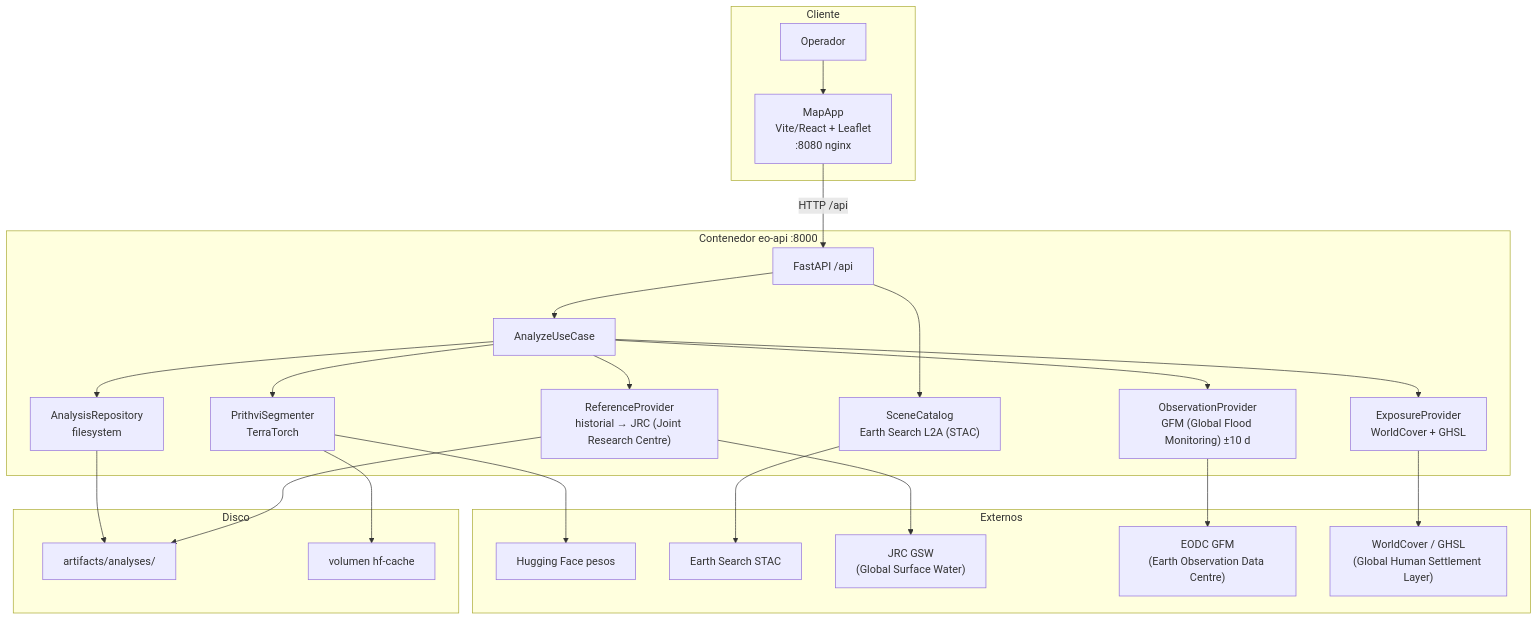
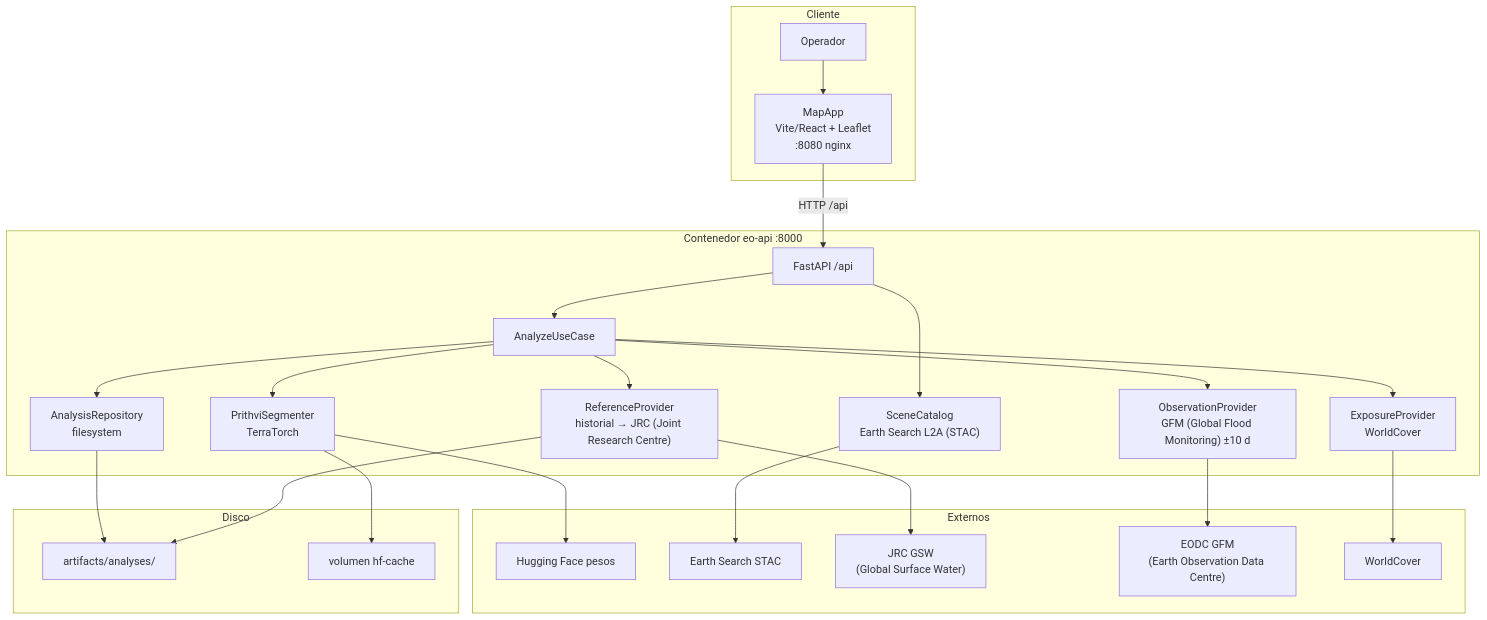
The diagram in docs/assets/diagramas/arquitectura.md (Charlsz/Tune), drawn with Mermaid before and after one commit. The commit also changed other lines of this file and 8 other files, not shown here.

First line of the commit message:
refactor(docs): update InformeFinal and architecture diagrams for clarity and completeness

````diff
--- a/docs/assets/diagramas/arquitectura.md
+++ b/docs/assets/diagramas/arquitectura.md
@@ -9,49 +9,49 @@
 ```mermaid
 flowchart TB
   subgraph Cliente
     U[Operador]
     W["MapApp<br/>Vite/React + Leaflet<br/>:8080 nginx"]
   end
 
   subgraph Contenedor_API["Contenedor eo-api :8000"]
     API["FastAPI /api"]
     UC["AnalyzeUseCase"]
     SEG["PrithviSegmenter<br/>TerraTorch"]
     REF["ReferenceProvider<br/>historial → JRC (Joint Research Centre)"]
     OBS["ObservationProvider<br/>GFM (Global Flood Monitoring) ±10 d"]
-    EXP["ExposureProvider<br/>WorldCover + GHSL"]
+    EXP["ExposureProvider<br/>WorldCover"]
     CAT["SceneCatalog<br/>Earth Search L2A (STAC)"]
     REPO["AnalysisRepository<br/>filesystem"]
   end
 
   subgraph Externos
     HF[Hugging Face pesos]
     ES[Earth Search STAC]
     JRC["JRC GSW<br/>(Global Surface Water)"]
     GFM["EODC GFM<br/>(Earth Observation Data Centre)"]
-    WC["WorldCover / GHSL<br/>(Global Human Settlement Layer)"]
+    WC["WorldCover"]
   end
 
   subgraph Disco
     ART["artifacts/analyses/"]
     CACHE["volumen hf-cache"]
   end
 
   U --> W
   W -->|"HTTP /api"| API
   API --> UC
   API --> CAT
   UC --> SEG
   UC --> REF
   UC --> OBS
   UC --> EXP
   UC --> REPO
   CAT --> ES
   SEG --> HF
   SEG --> CACHE
   REF --> JRC
   REF --> ART
   OBS --> GFM
   EXP --> WC
   REPO --> ART
 ```
````
